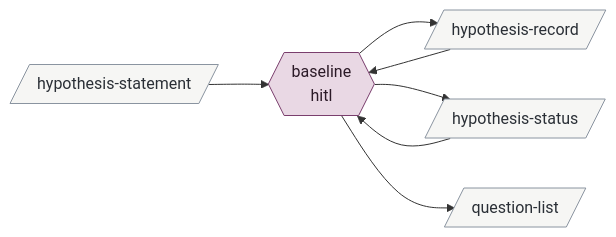
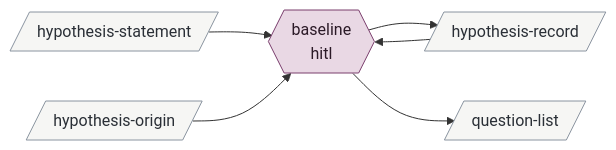
Before and after one commit to bc414/StoryPlanner: the second of 15 diagrams in .claude/skills/v3-buildout-2/map.md, drawn with Mermaid. The commit also changed other lines of this file and 25 other files, not shown here.

Commit message:
Making the hypothesis file schema

````diff
--- a/.claude/skills/v3-buildout-2/map.md
+++ b/.claude/skills/v3-buildout-2/map.md
@@ -53,21 +53,20 @@
 ```mermaid
 flowchart LR
   classDef hitl fill:#e9d8e4,stroke:#7a3e6d,color:#2b1a27
   classDef session fill:#dce6f0,stroke:#3b5b7c,color:#14202c
   classDef agent fill:#f5e6c8,stroke:#b7791f,color:#3a2a08
   classDef artifact fill:#f6f6f4,stroke:#8a94a0,color:#2a2f36
   classDef activity fill:#dcebdd,stroke:#4b7f52,color:#122816
   classDef terminus fill:#e4e4ea,stroke:#5b5b7a,color:#1c1c2c
   baseline{{"baseline<br/>hitl"}}:::hitl
+  hypothesisorigin[/"hypothesis-origin"/]:::artifact
   hypothesisrecord[/"hypothesis-record"/]:::artifact
   hypothesisstatement[/"hypothesis-statement"/]:::artifact
-  hypothesisstatus[/"hypothesis-status"/]:::artifact
   questionlist[/"question-list"/]:::artifact
 
   hypothesisstatement --> baseline
+  hypothesisorigin --> baseline
   hypothesisrecord --> baseline
-  hypothesisstatus --> baseline
   baseline --> hypothesisrecord
-  baseline --> hypothesisstatus
   baseline --> questionlist
 ```
````
